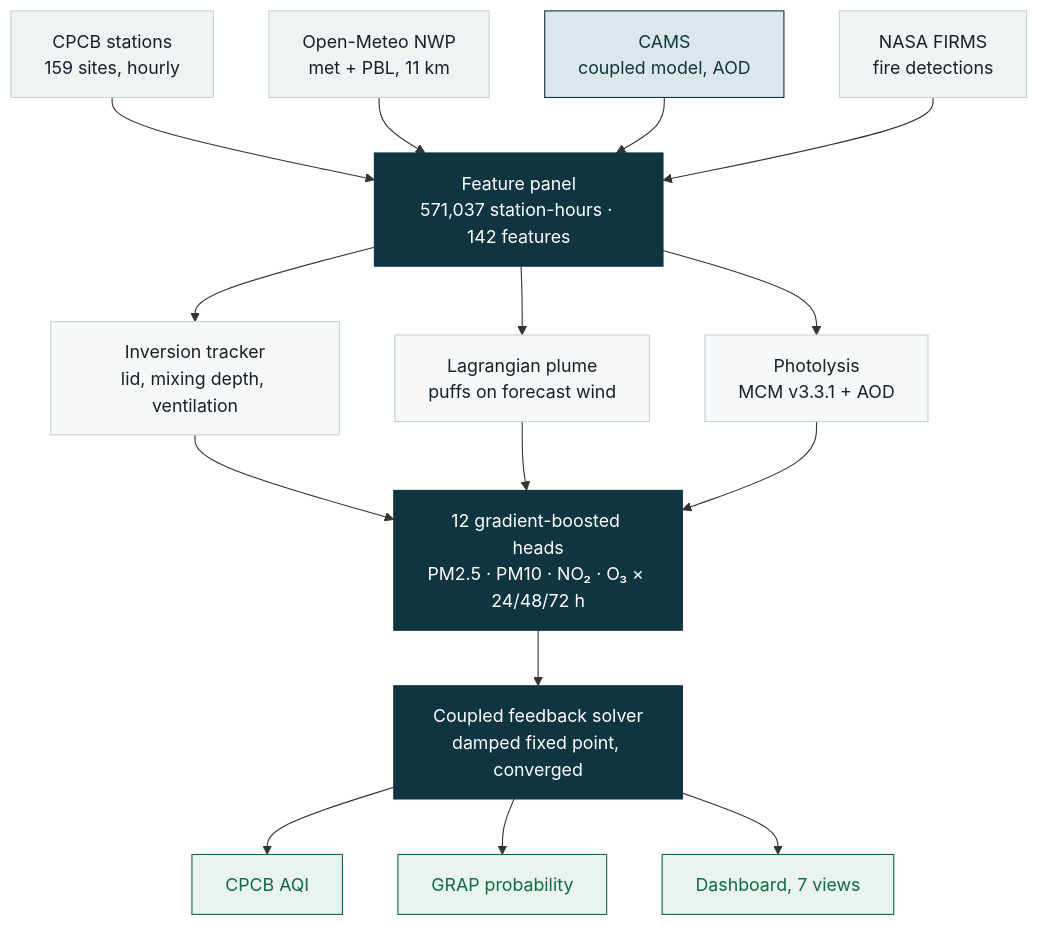
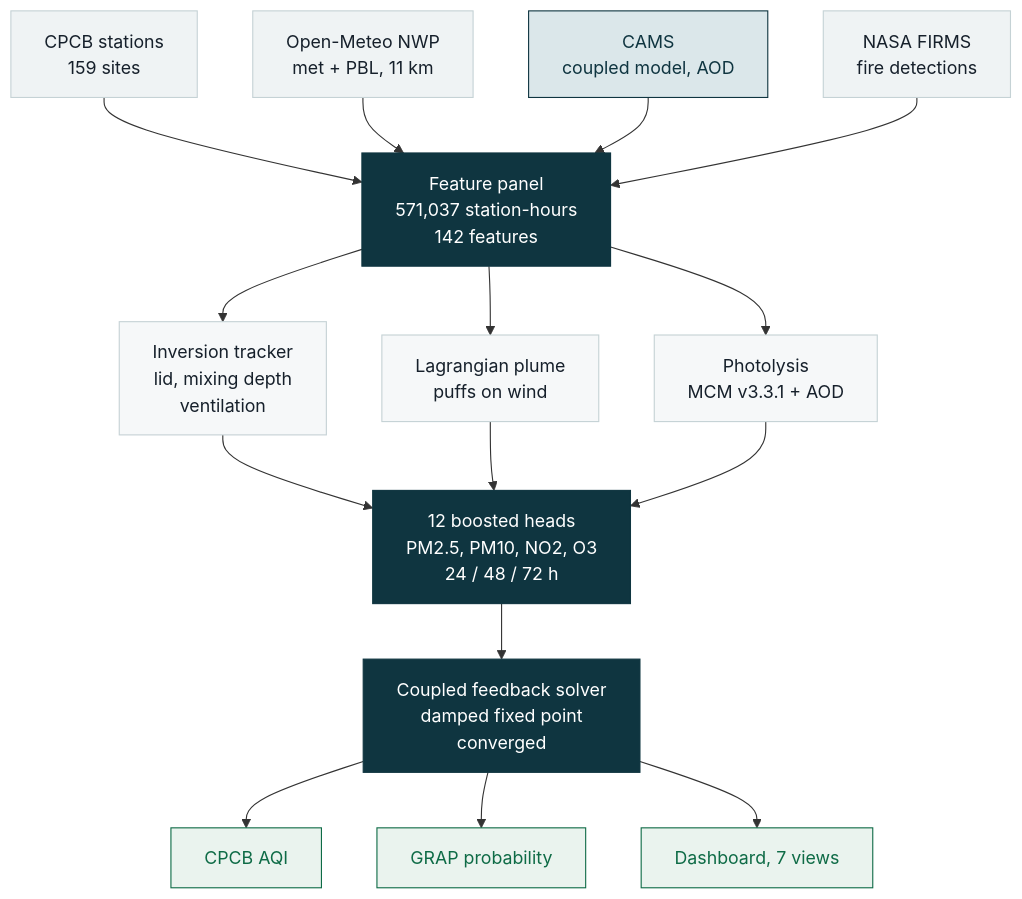
The first of 2 diagrams in README.md (bindpratapsingh/VayuChakra), drawn with Mermaid before and after one commit. The commit also changed other lines of this file and 1 other file, not shown here.

Commit message:
Stop the flowchart clipping its own labels, and set the formula as a figure
Mermaid sizes a node from its longest line, and GitHub's font metrics differ enough
from the CDN's that a long line gets cut off. On GitHub the diagram was reading
"571,037 station-hours . 142", "lid, mixing depth, ventilatic", "PM2.5 . PM10 . NO2
. O3 x 2" and "damped fixed point, conver". It rendered perfectly in my local check,
which is exactly why the local check was not enough.

The fix is to never write a long line: every label is now three short ones, the
middle-dot separators are gone from inside nodes, and subscripts are dropped since
they are another thing the width calculation gets wrong. Re-rendered at GitHub's
real 830px content column in dark theme, with an automated check that no label is
wider than the box it sits in. Zero clipped.

The photolysis equation was a fenced code block, which is the wrong tool for an
equation: superscripts and the exponent read as literal characters. It is now a
rendered figure that also carries both reactions' coefficients in a table and states
that none of them is fitted, which is the point the equation alone did not make.

````diff
--- a/README.md
+++ b/README.md
@@ -47,25 +47,25 @@
 ```mermaid
 flowchart TD
-    A1[CPCB stations<br/>159 sites, hourly]:::src
-    A2[Open-Meteo NWP<br/>met + PBL, 11 km]:::src
-    A3[CAMS<br/>coupled model, AOD]:::ext
-    A4[NASA FIRMS<br/>fire detections]:::src
+    A1["CPCB stations<br/>159 sites"]:::src
+    A2["Open-Meteo NWP<br/>met + PBL, 11 km"]:::src
+    A3["CAMS<br/>coupled model, AOD"]:::ext
+    A4["NASA FIRMS<br/>fire detections"]:::src
 
-    A1 & A2 & A3 & A4 --> P[Feature panel<br/>571,037 station-hours · 142 features]:::core
+    A1 & A2 & A3 & A4 --> P["Feature panel<br/>571,037 station-hours<br/>142 features"]:::core
 
-    P --> X1[Inversion tracker<br/>lid, mixing depth, ventilation]:::phys
-    P --> X2[Lagrangian plume<br/>puffs on forecast wind]:::phys
-    P --> X3[Photolysis<br/>MCM v3.3.1 + AOD]:::phys
+    P --> X1["Inversion tracker<br/>lid, mixing depth<br/>ventilation"]:::phys
+    P --> X2["Lagrangian plume<br/>puffs on wind"]:::phys
+    P --> X3["Photolysis<br/>MCM v3.3.1 + AOD"]:::phys
 
-    X1 & X2 & X3 --> M[12 gradient-boosted heads<br/>PM2.5 · PM10 · NO₂ · O₃ × 24/48/72 h]:::core
-    M --> S[Coupled feedback solver<br/>damped fixed point, converged]:::core
-    S --> O1[CPCB AQI]:::out
-    S --> O2[GRAP probability]:::out
-    S --> O3[Dashboard, 7 views]:::out
+    X1 & X2 & X3 --> M["12 boosted heads<br/>PM2.5, PM10, NO2, O3<br/>24 / 48 / 72 h"]:::core
+    M --> S["Coupled feedback solver<br/>damped fixed point<br/>converged"]:::core
+    S --> O1["CPCB AQI"]:::out
+    S --> O2["GRAP probability"]:::out
+    S --> O3["Dashboard, 7 views"]:::out
 
     classDef src fill:#eff3f4,stroke:#c5d2d5,color:#16202b
     classDef ext fill:#dbe7ea,stroke:#0f3540,color:#0f3540
     classDef phys fill:#f6f8f9,stroke:#c5d2d5,color:#16202b
     classDef core fill:#0f3540,stroke:#0f3540,color:#ffffff
     classDef out fill:#eaf3ee,stroke:#0e6b46,color:#0e6b46
 ```
````
